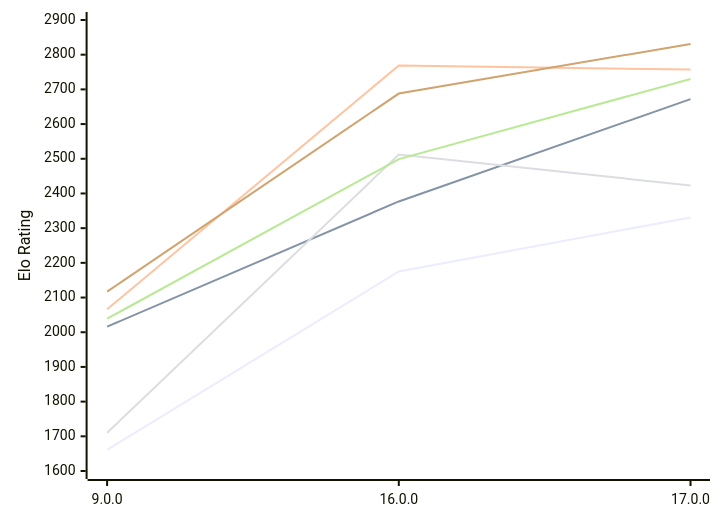
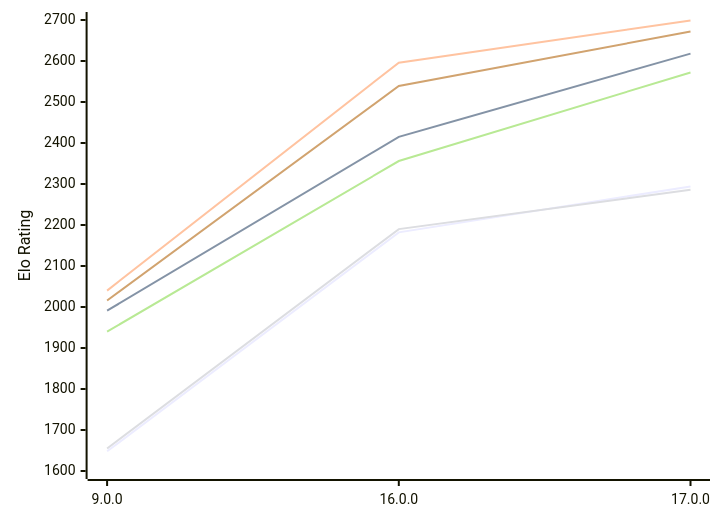
Before and after one commit to computer-chess-index/cci: the first of 2 diagrams in engines/Cepimetheus.md, drawn with Mermaid. The commit also changed other lines of this file, not shown here.

Commit message:
Update CCI Ratings (ELO VLTC) - 2026-11-13

````diff
--- a/engines/Cepimetheus.md
+++ b/engines/Cepimetheus.md
@@ -64,12 +64,12 @@
 ```mermaid
 %%{init: {"theme":"base","themeVariables":{"seriesColors:['#a3a3a3','#222221','#faa371']}}}%%
 xychart-beta
   x-axis ["9.0.0", "16.0.0", "17.0.0"]
-  y-axis "Elo Rating" 1600 --> 2900
-  line "E1: STC (8.0+0.08s)" [1661, 2175, 2331]
-  line "E1: LTC (60.0+0.60s)" [2016, 2377, 2672]
-  line "E1: VLTC (2m24s+1.12s)" [2066, 2769, 2757]
-  line "P1: STC (8.0+0.08s)" [1710, 2512, 2423]
-  line "P1: LTC (60.0+0.60s)" [2039, 2499, 2730]
-  line "P1: VLTC (2m24s+1.12s)" [2117, 2688, 2831]
+  y-axis "Elo Rating" 1600 --> 2700
+  line "E1: STC (8.0+0.08s)" [1648, 2182, 2294]
+  line "E1: LTC (60.0+0.60s)" [1991, 2415, 2618]
+  line "E1: VLTC (2m24s+1.12s)" [2040, 2596, 2699]
+  line "P1: STC (8.0+0.08s)" [1655, 2190, 2286]
+  line "P1: LTC (60.0+0.60s)" [1940, 2356, 2572]
+  line "P1: VLTC (2m24s+1.12s)" [2016, 2539, 2672]
 ```
````
